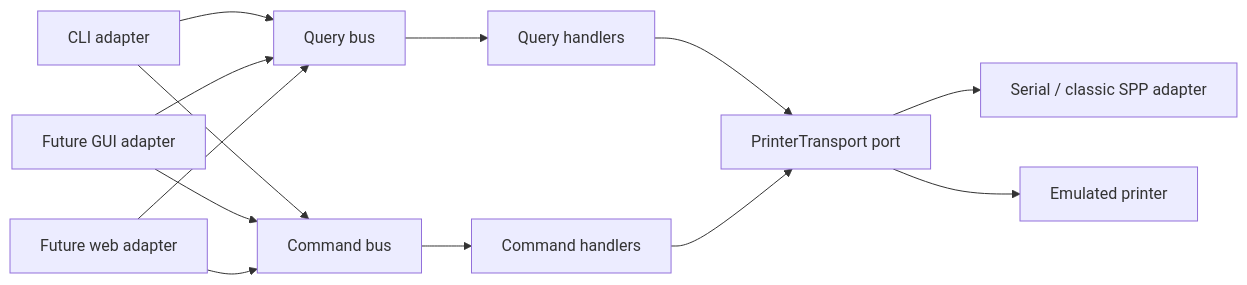
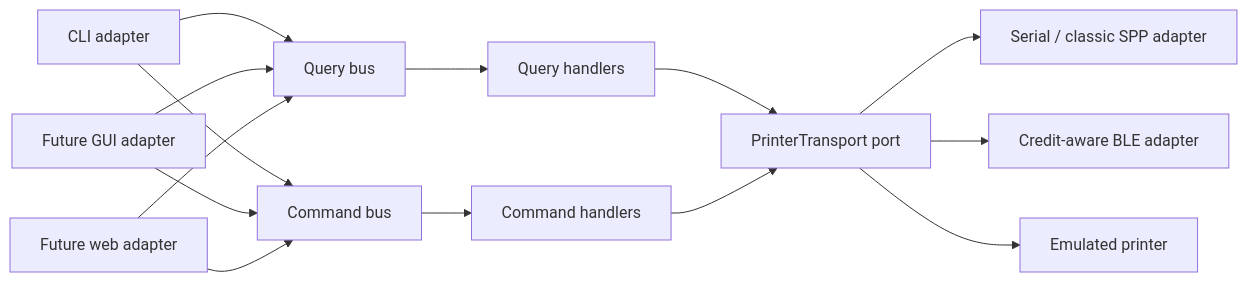
Before and after one commit to CSonTi04/mini-thermal-printer: the diagram in docs/architecture.md, drawn with Mermaid. The commit also changed other lines of this file and 12 other files, not shown here.

````diff
--- a/docs/architecture.md
+++ b/docs/architecture.md
@@ -8,15 +8,16 @@
 ```mermaid
 flowchart LR
     CLI["CLI adapter"] --> QB["Query bus"]
     GUI["Future GUI adapter"] --> QB
     WEB["Future web adapter"] --> QB
     CLI --> CB["Command bus"]
     GUI --> CB
     WEB --> CB
     QB --> QH["Query handlers"]
     CB --> CH["Command handlers"]
     QH --> PORT["PrinterTransport port"]
     CH --> PORT
     PORT --> SPP["Serial / classic SPP adapter"]
+    PORT --> BLE["Credit-aware BLE adapter"]
     PORT --> MOCK["Emulated printer"]
 ```
````
